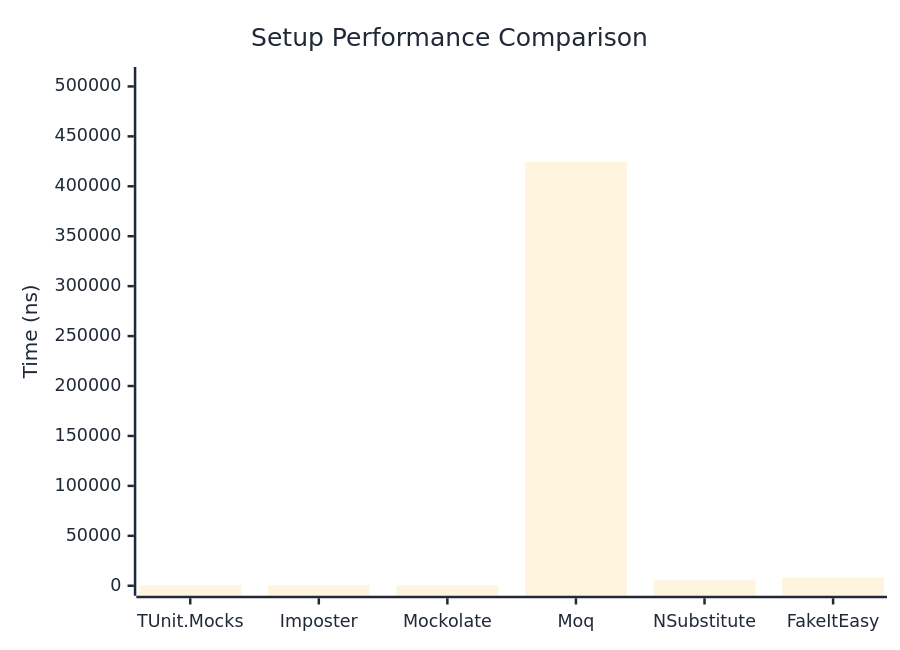
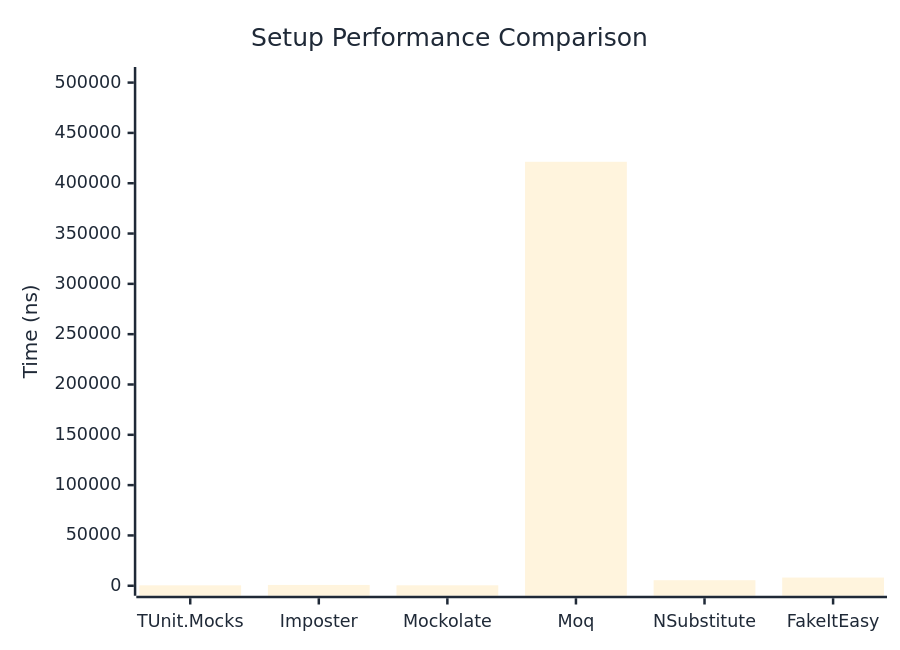
Before and after one commit to thomhurst/TUnit: the first of 2 diagrams in docs/docs/benchmarks/mocks/Setup.md, drawn with Mermaid. The commit also changed other lines of this file and 14 other files, not shown here.

````diff
--- a/docs/docs/benchmarks/mocks/Setup.md
+++ b/docs/docs/benchmarks/mocks/Setup.md
@@ -28,27 +28,27 @@
 ```mermaid
 %%{init: {
   'theme':'base',
   'themeVariables': {
     'primaryColor': '#2563eb',
     'primaryTextColor': '#1f2937',
     'primaryBorderColor': '#1e40af',
     'lineColor': '#6b7280',
     'secondaryColor': '#7c3aed',
     'tertiaryColor': '#dc2626',
     'background': '#ffffff',
     'pie1': '#2563eb',
     'pie2': '#7c3aed',
     'pie3': '#dc2626',
     'pie4': '#f59e0b',
     'pie5': '#10b981',
     'pie6': '#06b6d4',
     'pie7': '#ec4899',
     'pie8': '#6366f1'
   }
 }}%%
 xychart-beta
   title "Setup Performance Comparison"
   x-axis ["TUnit.Mocks", "Imposter", "Mockolate", "Moq", "NSubstitute", "FakeItEasy"]
-  y-axis "Time (ns)" 0 --> 509440
-  bar [442.6, 816.7, 451.6, 424533.3, 5580.8, 8265.3]
+  y-axis "Time (ns)" 0 --> 505561
+  bar [426.9, 811.2, 449.8, 421300.1, 5497.9, 8140.4]
 ```
````
